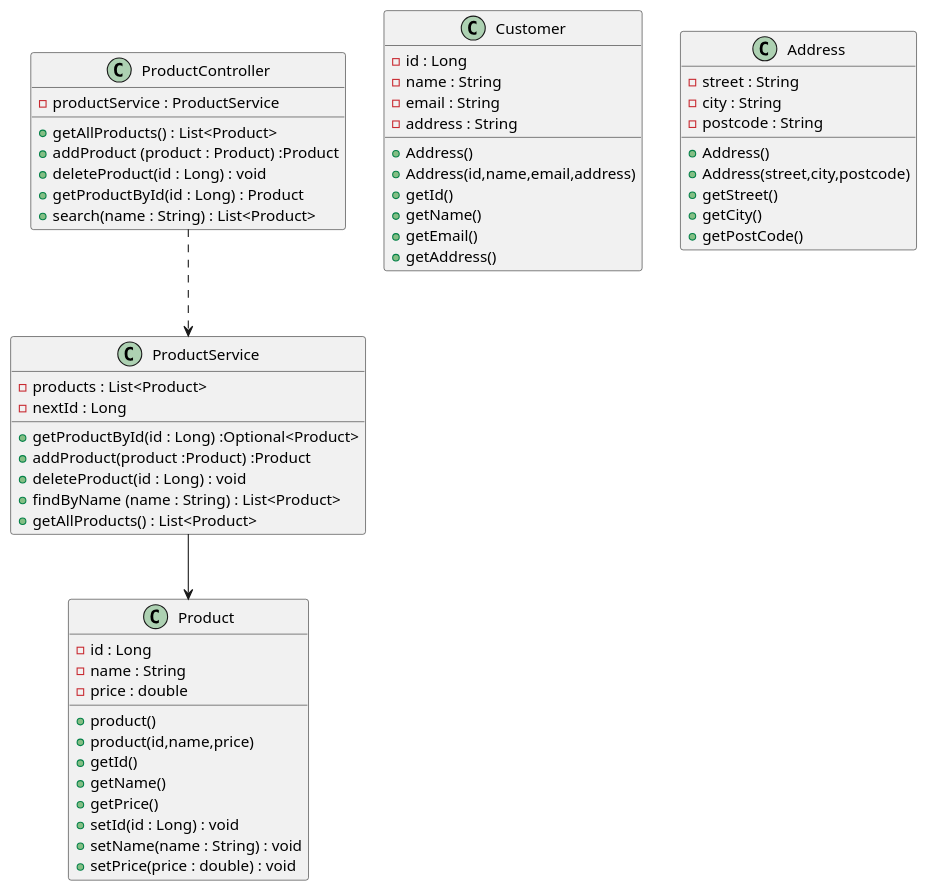
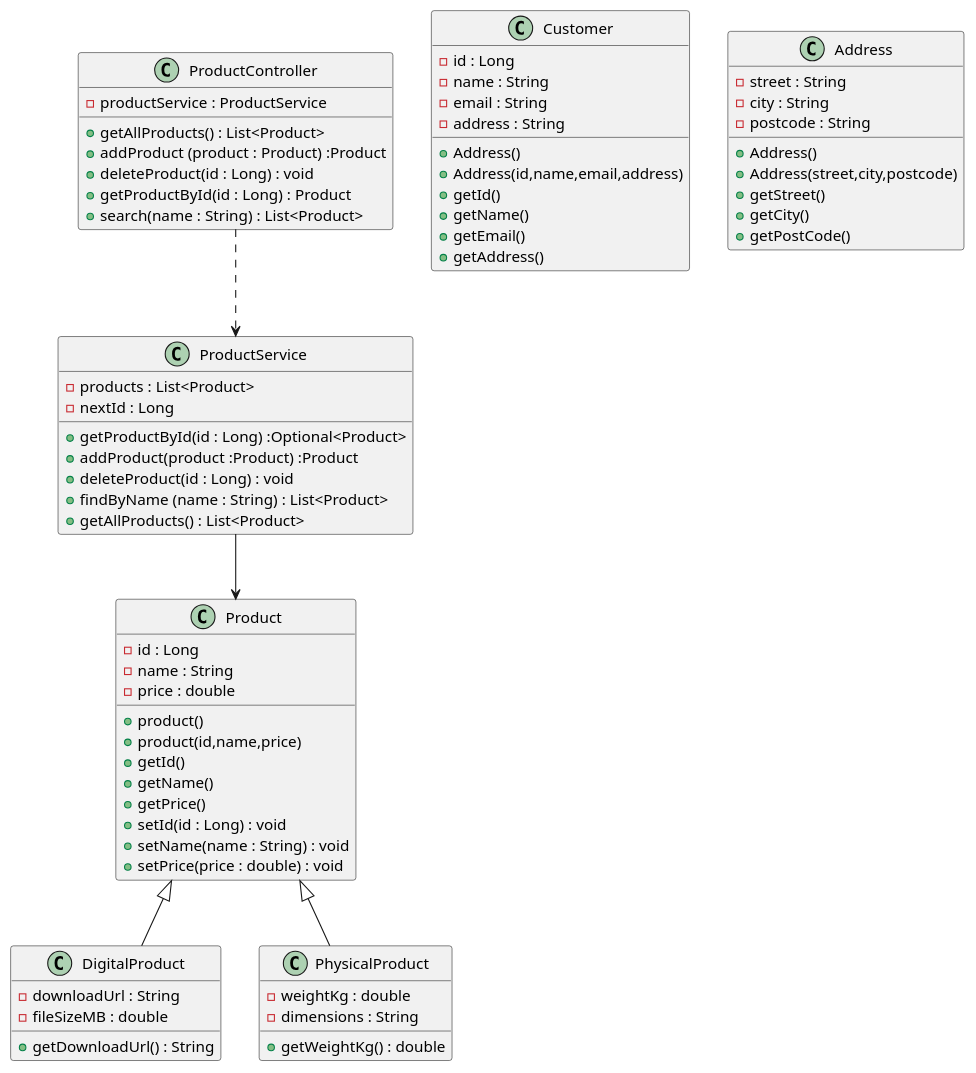
Before and after one commit to Nethuli000/products-api: the diagram in products-api/docs/ uml/products.puml, drawn with PlantUML. The commit also changed 3 other files, not shown here.

```diff
--- a/products-api/docs/ uml/products.puml
+++ b/products-api/docs/ uml/products.puml
@@ -1,66 +1,81 @@
 @startuml
 
 class Product{
 - id : Long
 - name : String
 - price : double
 + product()
 + product(id,name,price)
 + getId()
 + getName()
 + getPrice()
 + setId(id : Long) : void
 + setName(name : String) : void
 + setPrice(price : double) : void
 }
+
+class DigitalProduct {
+- downloadUrl : String
+- fileSizeMB : double
++ getDownloadUrl() : String
+}
+class PhysicalProduct {
+- weightKg : double
+- dimensions : String
++ getWeightKg() : double
+}
+
+' <|-- is the inheritance arrow. The PARENT goes on the left.
+Product <|-- DigitalProduct
+Product <|-- PhysicalProduct
 
 class Customer{
 - id : Long
 - name : String
 - email : String
 - address : String
 + Address()
 + Address(id,name,email,address)
 + getId()
 + getName()
 + getEmail()
 + getAddress()
 }
 
 class Address{
 - street : String
 - city : String
 - postcode : String
 + Address()
 + Address(street,city,postcode)
 + getStreet()
 + getCity()
 + getPostCode()
 }
 
 class ProductService{
 - products : List<Product>
 - nextId : Long
 + getProductById(id : Long) :Optional<Product>
 + addProduct(product :Product) :Product
 + deleteProduct(id : Long) : void
 + findByName (name : String) : List<Product>
 + getAllProducts() : List<Product>
 }
 
 class ProductController{
 - productService : ProductService
 + getAllProducts() : List<Product>
 + addProduct (product : Product) :Product
 + deleteProduct(id : Long) : void
 + getProductById(id : Long) : Product
 + search(name : String) : List<Product>
 }
 
 ' ..> is a dependency: DASHED line, open arrow
 ProductController ..> ProductService
 
 ' --> is an association: SOLID line
 ProductService --> Product
 
 @enduml
```
